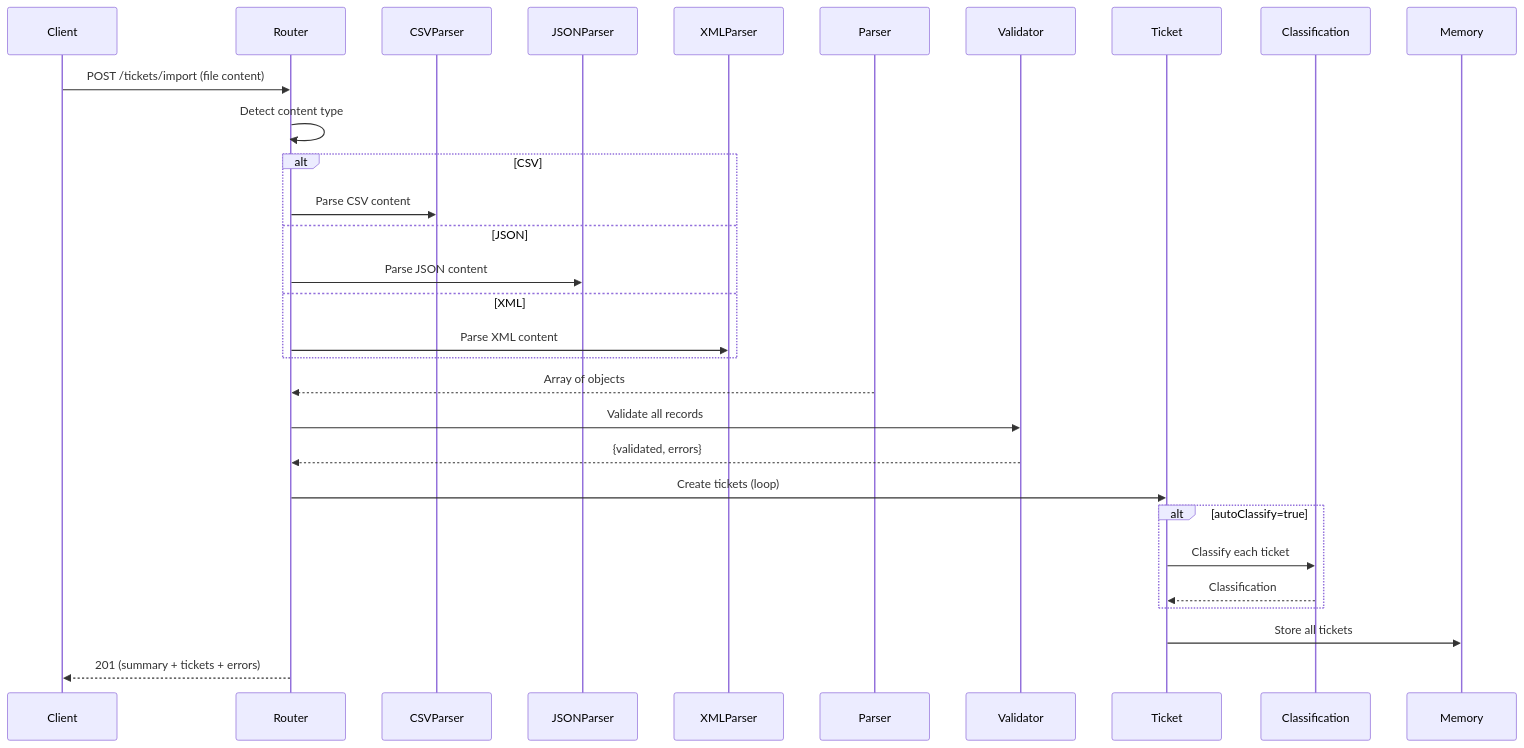
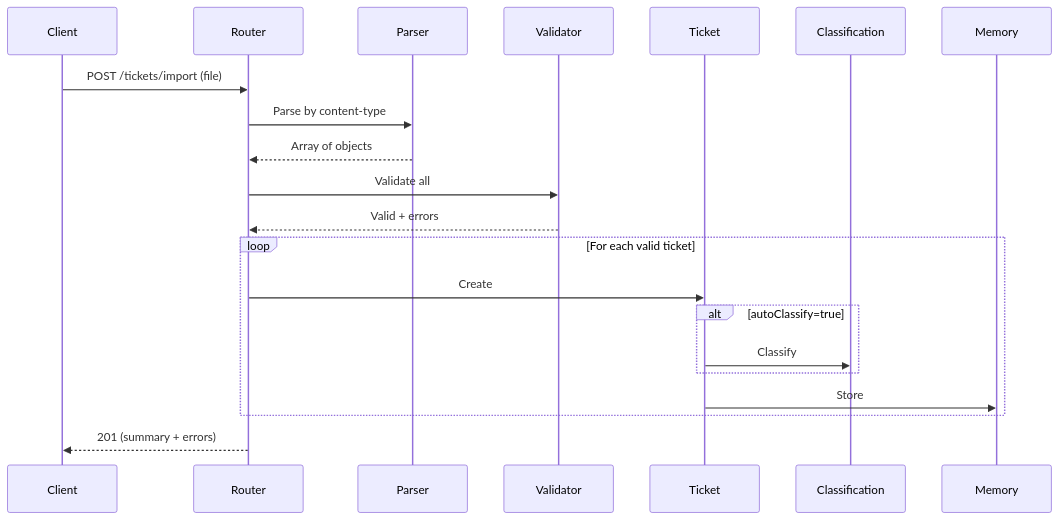
The third of 4 diagrams in homework-2/docs/ARCHITECTURE.md (oreland97/AI-Coding-Partner-Homework), drawn with Mermaid before and after one commit. The commit also changed other lines of this file and 4 other files, not shown here.

````diff
--- a/homework-2/docs/ARCHITECTURE.md
+++ b/homework-2/docs/ARCHITECTURE.md
@@ -333,22 +169,16 @@
 ```mermaid
 sequenceDiagram
-    Client->>Router: POST /tickets/import (file content)
-    Router->>Router: Detect content type
-    alt CSV
-        Router->>CSVParser: Parse CSV content
-    else JSON
-        Router->>JSONParser: Parse JSON content
-    else XML
-        Router->>XMLParser: Parse XML content
+    Client->>Router: POST /tickets/import (file)
+    Router->>Parser: Parse by content-type
+    Parser-->>Router: Array of objects
+    Router->>Validator: Validate all
+    Validator-->>Router: Valid + errors
+    loop For each valid ticket
+        Router->>Ticket: Create
+        alt autoClassify=true
+            Ticket->>Classification: Classify
+        end
+        Ticket->>Memory: Store
     end
-    Parser-->>Router: Array of objects
-    Router->>Validator: Validate all records
-    Validator-->>Router: {validated, errors}
-    Router->>Ticket: Create tickets (loop)
-    alt autoClassify=true
-        Ticket->>Classification: Classify each ticket
-        Classification-->>Ticket: Classification
-    end
-    Ticket->>Memory: Store all tickets
-    Router-->>Client: 201 (summary + tickets + errors)
+    Router-->>Client: 201 (summary + errors)
 ```
````
